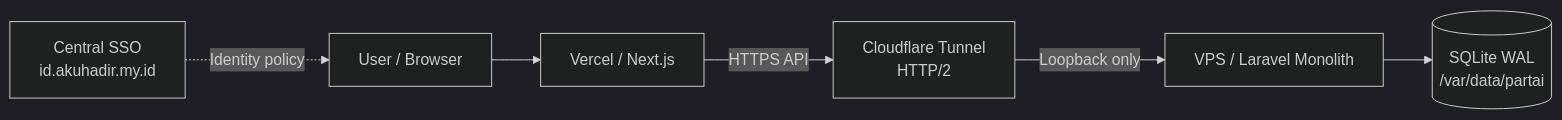
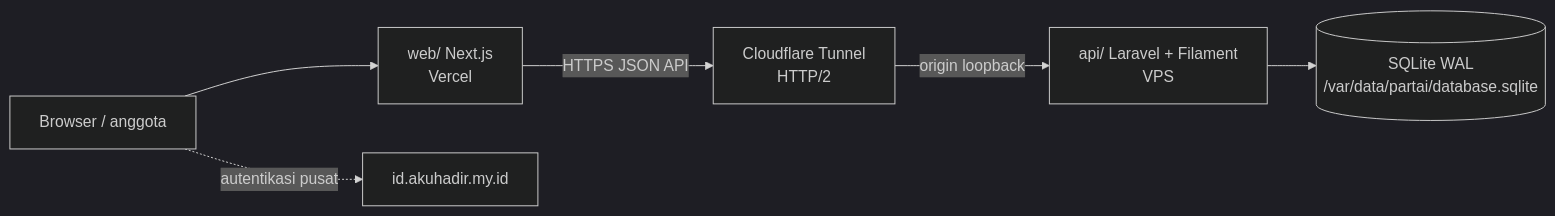
The diagram in README.md (bagusgrav/partai), drawn with Mermaid (dark theme) before and after one commit. The commit also changed other lines of this file and 32 other files, not shown here.

````diff
--- a/README.md
+++ b/README.md
@@ -37,8 +82,8 @@
 ```mermaid
 flowchart LR
-    U[User / Browser] --> V[Vercel / Next.js]
-    V -->|HTTPS API| C[Cloudflare Tunnel<br/>HTTP/2]
-    C -->|Loopback only| L[VPS / Laravel Monolith]
-    L --> D[(SQLite WAL<br/>/var/data/partai)]
-    S[Central SSO<br/>id.akuhadir.my.id] -. Identity policy .-> U
+    U[Browser / anggota] --> W[web/ Next.js<br/>Vercel]
+    W -->|HTTPS JSON API| CF[Cloudflare Tunnel<br/>HTTP/2]
+    CF -->|origin loopback| API[api/ Laravel + Filament<br/>VPS]
+    API --> DB[(SQLite WAL<br/>/var/data/partai/database.sqlite)]
+    U -. autentikasi pusat .-> SSO[id.akuhadir.my.id]
 ```
````
